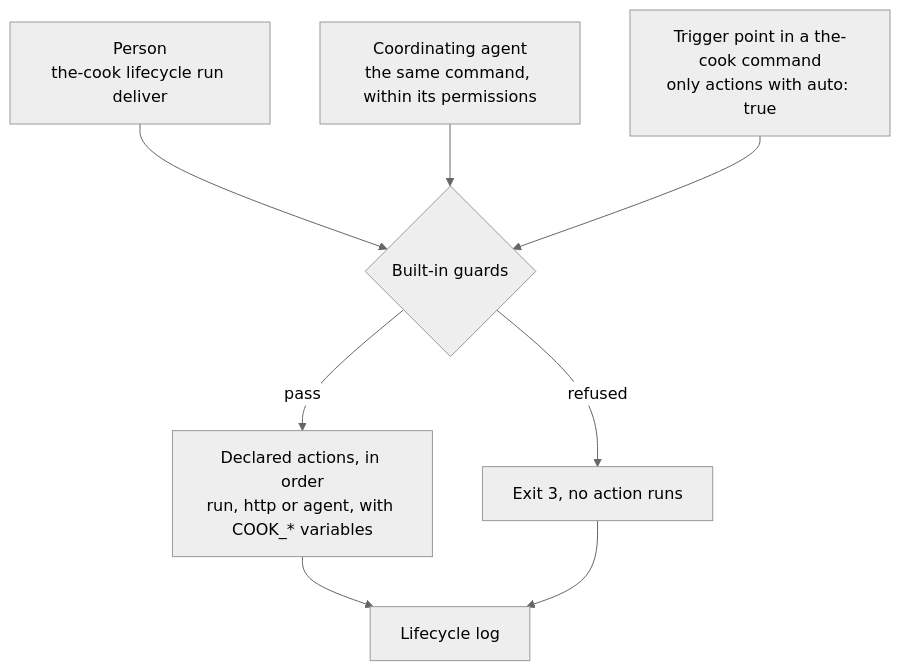
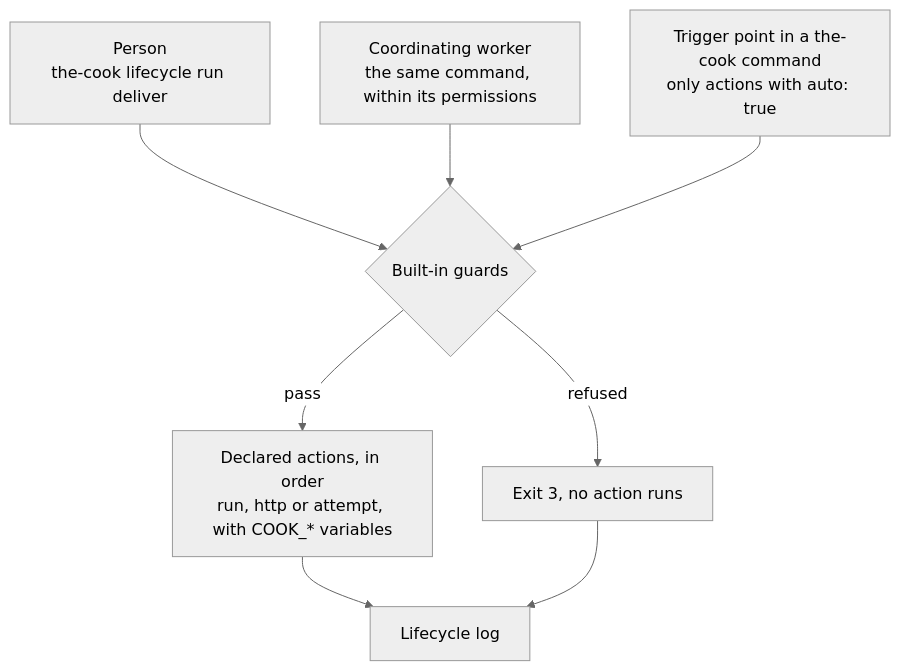
Before and after one commit to lmarqs/harness: the second of 2 diagrams in docs/features/lifecycle.md, drawn with Mermaid (neutral theme). The commit also changed other lines of this file and 67 other files, not shown here.

````diff
--- a/docs/features/lifecycle.md
+++ b/docs/features/lifecycle.md
@@ -169,10 +198,10 @@
 ```mermaid
 flowchart TD
   p["Person<br/>the-cook lifecycle run deliver"] --> g
-  a["Coordinating agent<br/>the same command, within its permissions"] --> g
+  a["Coordinating worker<br/>the same command, within its permissions"] --> g
   t["Trigger point in a the-cook command<br/>only actions with auto: true"] --> g
   g{"Built-in guards"} -- refused --> b["Exit 3, no action runs"]
-  g -- pass --> r["Declared actions, in order<br/>run, http or agent, with COOK_* variables"]
+  g -- pass --> r["Declared actions, in order<br/>run, http or attempt, with COOK_* variables"]
   r --> j["Lifecycle log"]
   b --> j
 ```
````
